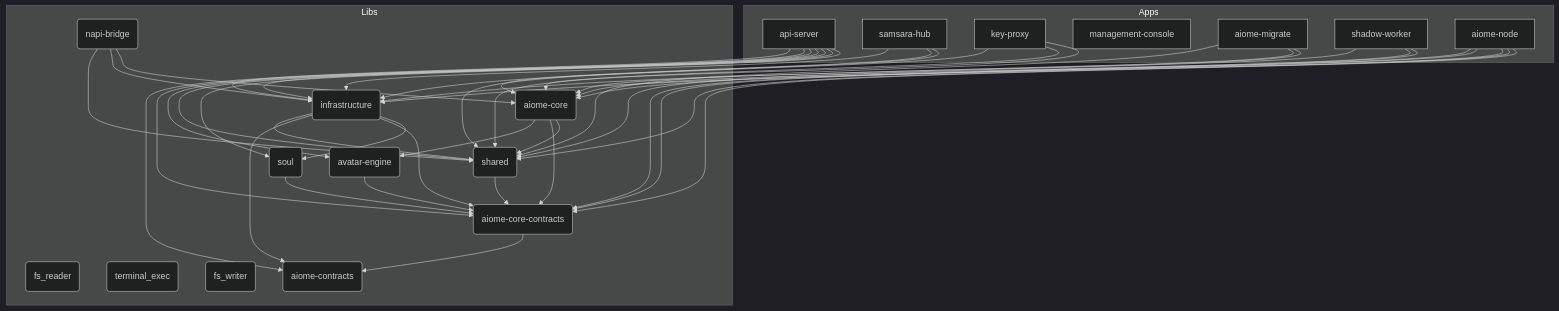
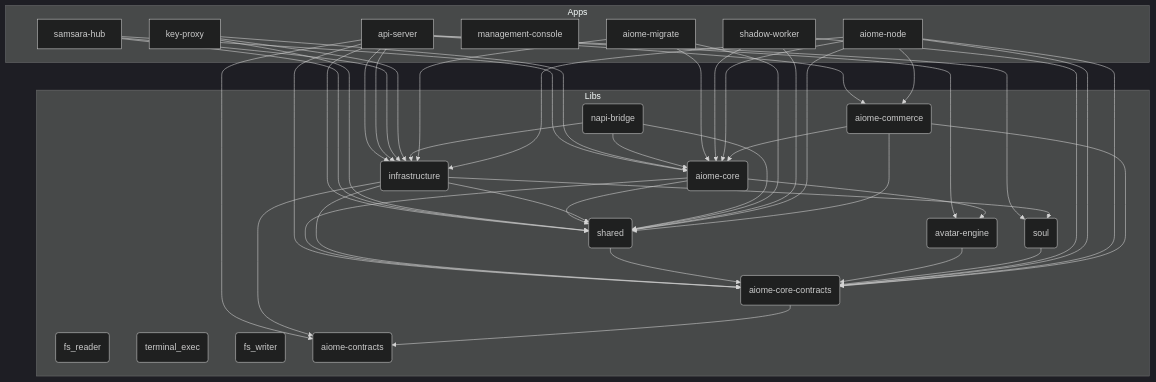
The diagram in ARCHITECTURE.md (for4xex-droid/modular-open-claw), drawn with Mermaid (dark theme) before and after one commit. The commit also changed other lines of this file and 11 other files, not shown here.

````diff
--- a/ARCHITECTURE.md
+++ b/ARCHITECTURE.md
@@ -23,65 +23,71 @@
 ```mermaid
 graph TD
     subgraph Apps
         api-server[api-server]
         samsara-hub[samsara-hub]
         key-proxy[key-proxy]
         management-console[management-console]
         aiome-migrate[aiome-migrate]
         shadow-worker[shadow-worker]
         aiome-node[aiome-node]
     end
 
     subgraph Libs
         aiome-core(aiome-core)
         infrastructure(infrastructure)
         shared(shared)
         avatar-engine(avatar-engine)
         fs_reader(fs_reader)
         terminal_exec(terminal_exec)
         fs_writer(fs_writer)
         napi-bridge(napi-bridge)
         aiome-contracts(aiome-contracts)
         aiome-core-contracts(aiome-core-contracts)
         soul(soul)
+        aiome-commerce(aiome-commerce)
     end
 
     api-server --> soul
     api-server --> infrastructure
     api-server --> shared
     api-server --> avatar-engine
     api-server --> aiome-core-contracts
     api-server --> aiome-contracts
+    api-server --> aiome-commerce
     api-server --> infrastructure
     samsara-hub --> aiome-core
     samsara-hub --> shared
     samsara-hub --> infrastructure
     key-proxy --> aiome-core
     key-proxy --> shared
     key-proxy --> infrastructure
     aiome-core --> shared
     aiome-core --> aiome-core-contracts
     aiome-core --> avatar-engine
     infrastructure --> soul
     infrastructure --> aiome-core-contracts
     infrastructure --> aiome-contracts
     infrastructure --> shared
     shared --> aiome-core-contracts
     avatar-engine --> aiome-core-contracts
     napi-bridge --> aiome-core
     napi-bridge --> infrastructure
     napi-bridge --> shared
     aiome-core-contracts --> aiome-contracts
     soul --> aiome-core-contracts
     aiome-migrate --> aiome-core
     aiome-migrate --> infrastructure
     aiome-migrate --> shared
     shadow-worker --> aiome-core-contracts
     shadow-worker --> aiome-core
     shadow-worker --> shared
     aiome-node --> aiome-core-contracts
     aiome-node --> shared
     aiome-node --> infrastructure
+    aiome-node --> aiome-commerce
     aiome-node --> aiome-core
     aiome-node --> aiome-core-contracts
+    aiome-commerce --> aiome-core-contracts
+    aiome-commerce --> aiome-core
+    aiome-commerce --> shared
 ```
````
